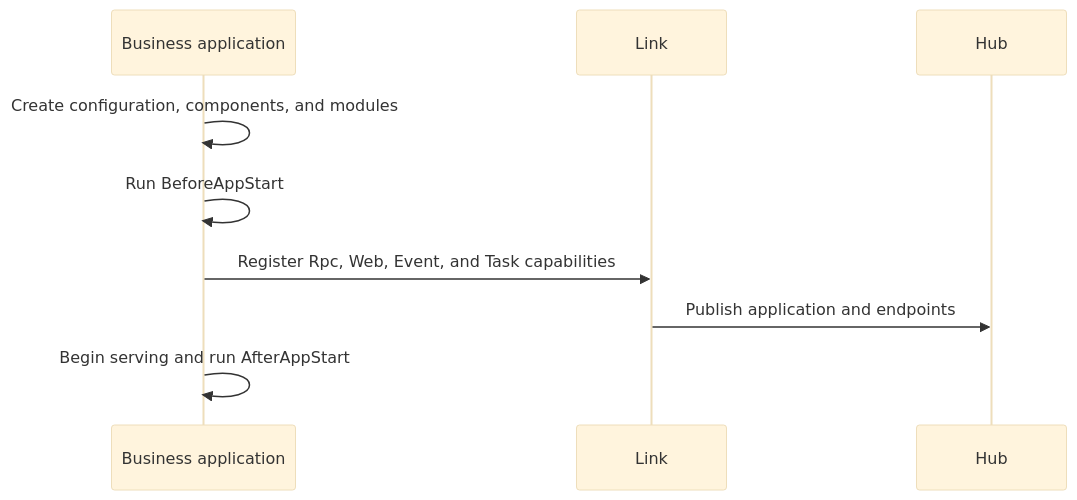
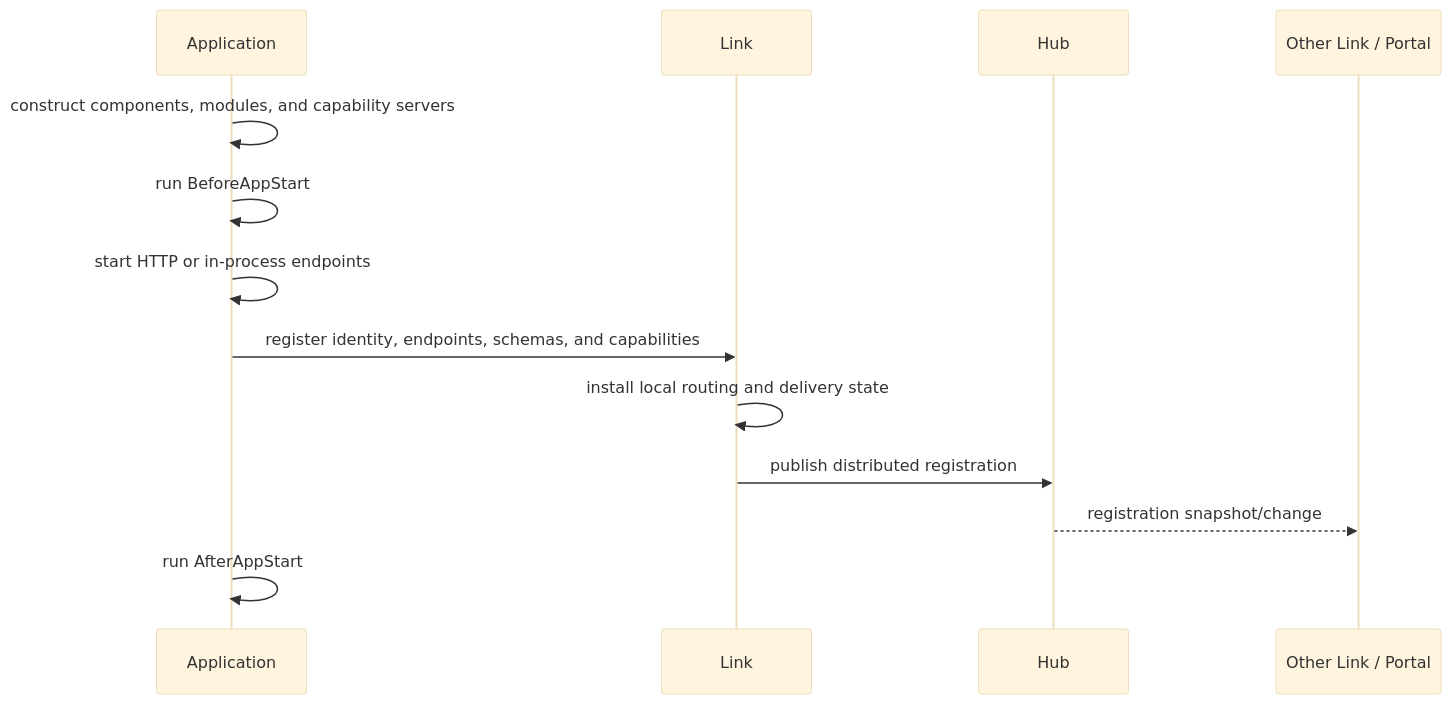
The second of 3 diagrams in docs/runtime/mechanisms.md (yorun-ai/vine-site), drawn with Mermaid (base theme) before and after one commit. The commit also changed other lines of this file and 95 other files, not shown here.

````diff
--- a/docs/runtime/mechanisms.md
+++ b/docs/runtime/mechanisms.md
@@ -11,11 +96,16 @@
 ```mermaid
 sequenceDiagram
-  participant App as Business application
+  participant App as Application
   participant RuntimeLink as Link
   participant Hub
-  App->>App: Create configuration, components, and modules
-  App->>App: Run BeforeAppStart
-  App->>RuntimeLink: Register Rpc, Web, Event, and Task capabilities
-  RuntimeLink->>Hub: Publish application and endpoints
-  App->>App: Begin serving and run AfterAppStart
+  participant Peer as Other Link / Portal
+
+  App->>App: construct components, modules, and capability servers
+  App->>App: run BeforeAppStart
+  App->>App: start HTTP or in-process endpoints
+  App->>RuntimeLink: register identity, endpoints, schemas, and capabilities
+  RuntimeLink->>RuntimeLink: install local routing and delivery state
+  RuntimeLink->>Hub: publish distributed registration
+  Hub-->>Peer: registration snapshot/change
+  App->>App: run AfterAppStart
 ```
````
